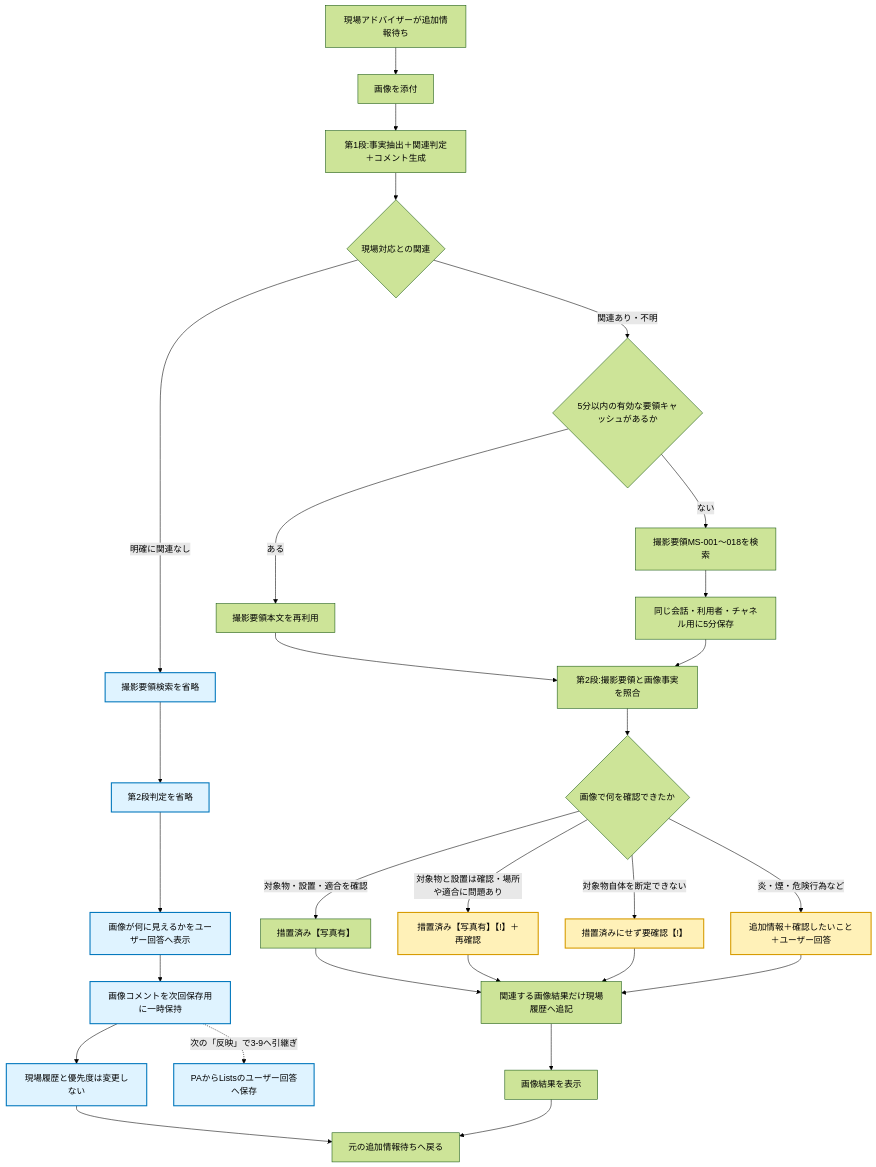
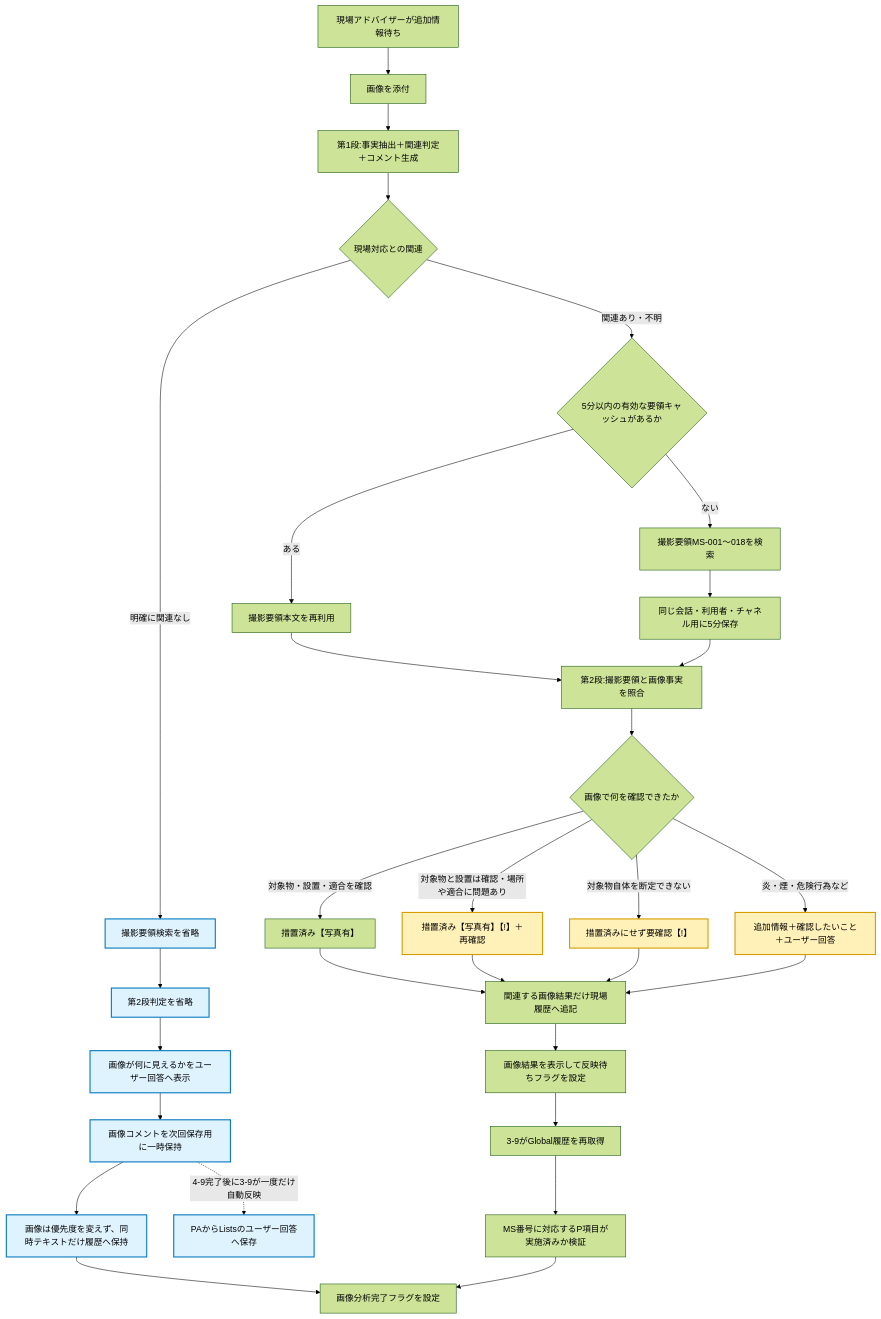
Before and after one commit to skuall555/TEST_COPA: the fifth of 6 diagrams in FIELD_CONSULT_IMAGE_FAST_20261116/変更前後フロー.md, drawn with Mermaid (forest theme). The commit also changed other lines of this file and 16 other files, not shown here.

````diff
--- a/FIELD_CONSULT_IMAGE_FAST_20261116/変更前後フロー.md
+++ b/FIELD_CONSULT_IMAGE_FAST_20261116/変更前後フロー.md
@@ -153,39 +158,41 @@
 ```mermaid
 flowchart TD
     A[現場アドバイザーが追加情報待ち] --> B[画像を添付]
     B --> C[第1段:事実抽出＋関連判定＋コメント生成]
     C --> D{現場対応との関連}
 
     D -- 明確に関連なし --> E[撮影要領検索を省略]
     E --> F[第2段判定を省略]
     F --> G[画像が何に見えるかをユーザー回答へ表示]
     G --> G2[画像コメントを次回保存用に一時保持]
-    G2 --> H[現場履歴と優先度は変更しない]
-    H --> Z[元の追加情報待ちへ戻る]
-    G2 -. 次の「反映」で3-9へ引継ぎ .-> Y[PAからListsのユーザー回答へ保存]
+    G2 --> H[画像は優先度を変えず、同時テキストだけ履歴へ保持]
+    H --> Z[画像分析完了フラグを設定]
+    G2 -. 4-9完了後に3-9が一度だけ自動反映 .-> Y[PAからListsのユーザー回答へ保存]
 
     D -- 関連あり・不明 --> I{5分以内の有効な要領キャッシュがあるか}
     I -- ある --> J[撮影要領本文を再利用]
     I -- ない --> K[撮影要領MS-001〜018を検索]
     K --> L[同じ会話・利用者・チャネル用に5分保存]
     J --> M[第2段:撮影要領と画像事実を照合]
     L --> M
     M --> N{画像で何を確認できたか}
 
     N -- 対象物・設置・適合を確認 --> O[措置済み【写真有】]
     N -- 対象物と設置は確認・場所や適合に問題あり --> P[措置済み【写真有】【!】＋再確認]
     N -- 対象物自体を断定できない --> Q[措置済みにせず要確認【!】]
     N -- 炎・煙・危険行為など --> R[追加情報＋確認したいこと＋ユーザー回答]
 
     O --> S[関連する画像結果だけ現場履歴へ追記]
     P --> S
     Q --> S
     R --> S
-    S --> T[画像結果を表示]
-    T --> Z
+    S --> T[画像結果を表示して反映待ちフラグを設定]
+    T --> V[3-9がGlobal履歴を再取得]
+    V --> W[MS番号に対応するP項目が実施済みか検証]
+    W --> Z
 
     classDef fast fill:#dff3ff,stroke:#0277bd,stroke-width:2px;
     classDef warning fill:#fff1b8,stroke:#d79b00,stroke-width:2px;
     class E,F,G,G2,H,Y fast;
     class P,Q,R warning;
 ```
````
